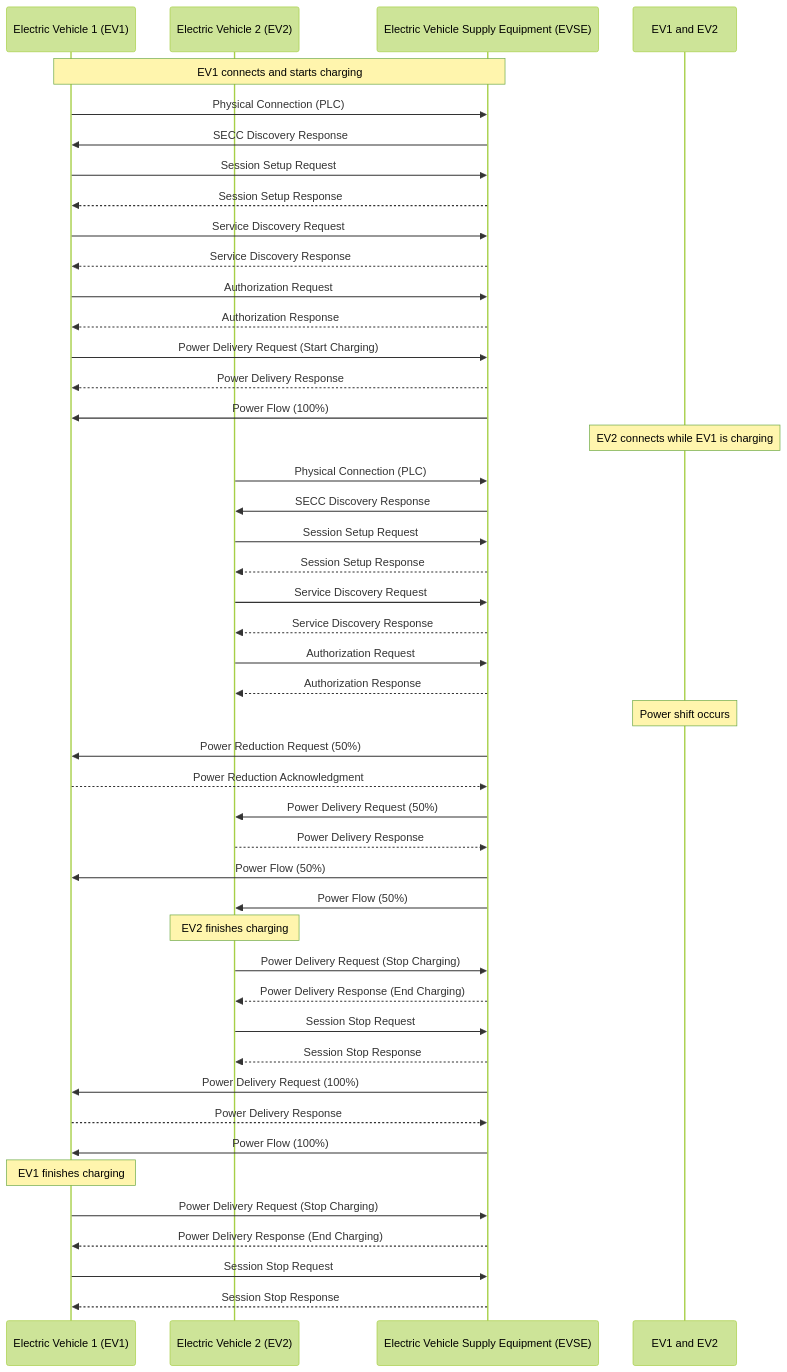
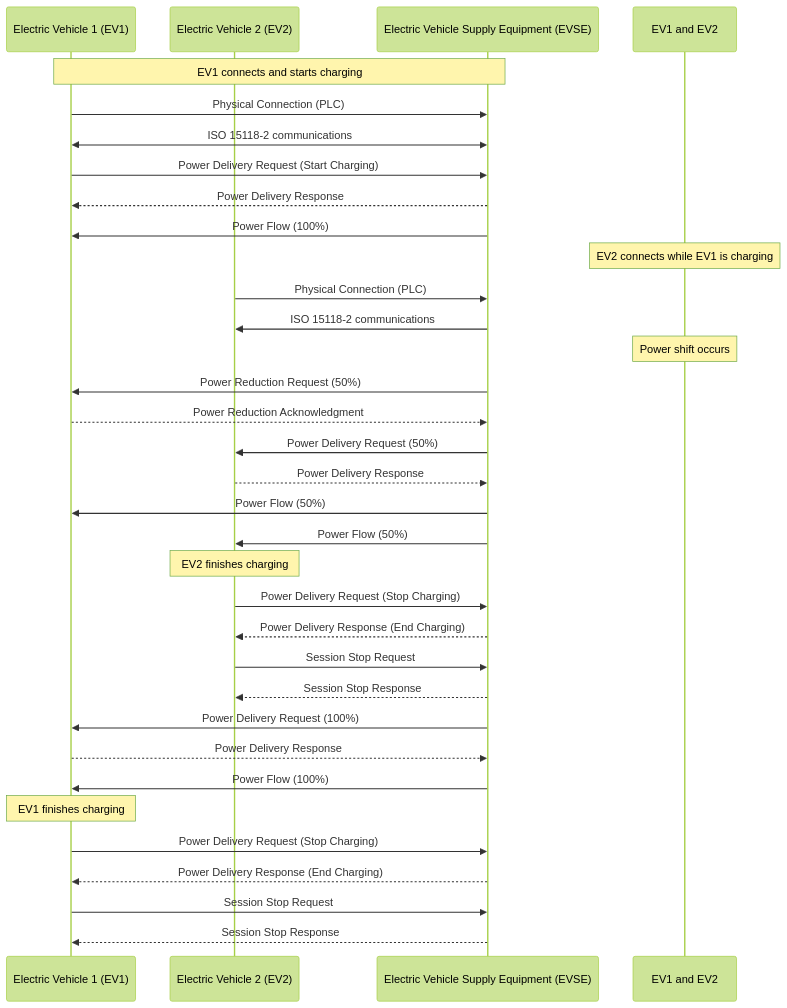
Before and after one commit to EVerest/everest-demo: the third of 4 diagrams in README.md, drawn with Mermaid (forest theme). The commit also changed other lines of this file, not shown here.

Commit message:
Update README.md
Updated diagrams

````diff
--- a/README.md
+++ b/README.md
@@ -219,50 +205,38 @@
 ```mermaid
 
 sequenceDiagram
 
    participant EV1 as Electric Vehicle 1 (EV1)
    participant EV2 as Electric Vehicle 2 (EV2)
    participant EVSE as Electric Vehicle Supply Equipment (EVSE)
    Note over EV1,EVSE: EV1 connects and starts charging
    EV1 ->> EVSE: Physical Connection (PLC)
-   EVSE ->> EV1: SECC Discovery Response
-   EV1 ->> EVSE: Session Setup Request
-   EVSE -->> EV1: Session Setup Response
-   EV1 ->> EVSE: Service Discovery Request
-   EVSE -->> EV1: Service Discovery Response
-   EV1 ->> EVSE: Authorization Request
-   EVSE -->> EV1: Authorization Response
+   EVSE <<->> EV1: ISO 15118-2 communications
    EV1 ->> EVSE: Power Delivery Request (Start Charging)
    EVSE -->> EV1: Power Delivery Response
    EVSE ->> EV1: Power Flow (100%)
    Note over EV1 and EV2: EV2 connects while EV1 is charging
    EV2 ->> EVSE: Physical Connection (PLC)
-   EVSE ->> EV2: SECC Discovery Response
-   EV2 ->> EVSE: Session Setup Request
-   EVSE -->> EV2: Session Setup Response
-   EV2 ->> EVSE: Service Discovery Request
-   EVSE -->> EV2: Service Discovery Response
-   EV2 ->> EVSE: Authorization Request
-   EVSE -->> EV2: Authorization Response
+   EVSE ->> EV2: ISO 15118-2 communications
    Note over EV1 and EV2: Power shift occurs
    EVSE ->> EV1: Power Reduction Request (50%)
    EV1 -->> EVSE: Power Reduction Acknowledgment
    EVSE ->> EV2: Power Delivery Request (50%)
    EV2 -->> EVSE: Power Delivery Response
    EVSE ->> EV1: Power Flow (50%)
    EVSE ->> EV2: Power Flow (50%)
    Note over EV2: EV2 finishes charging
    EV2 ->> EVSE: Power Delivery Request (Stop Charging)
    EVSE -->> EV2: Power Delivery Response (End Charging)
    EV2 ->> EVSE: Session Stop Request
    EVSE -->> EV2: Session Stop Response
    EVSE ->> EV1: Power Delivery Request (100%)
    EV1 -->> EVSE: Power Delivery Response
    EVSE ->> EV1: Power Flow (100%)
    Note over EV1: EV1 finishes charging
    EV1 ->> EVSE: Power Delivery Request (Stop Charging)
    EVSE -->> EV1: Power Delivery Response (End Charging)
    EV1 ->> EVSE: Session Stop Request
    EVSE -->> EV1: Session Stop Response
 
 ```
````
